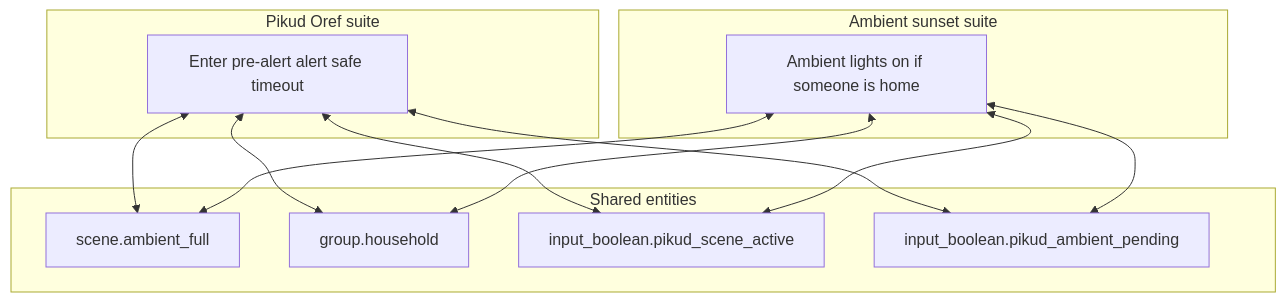
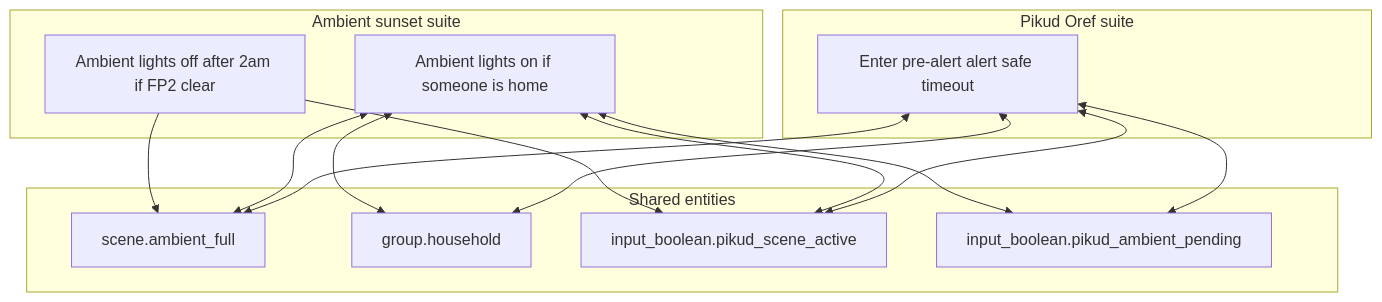
Before and after one commit to maximunited/hass: the diagram in repo-docs/automations-index.md, drawn with Mermaid. The commit also changed 4 other files, not shown here.

Commit message:
fix(ambient): FP2 presence, 2am off, retry after Pikud

````diff
--- a/repo-docs/automations-index.md
+++ b/repo-docs/automations-index.md
@@ -26,23 +26,26 @@
 ```mermaid
 flowchart TB
   subgraph pikud [Pikud Oref suite]
     P1[Enter pre-alert alert safe timeout]
   end
   subgraph amb [Ambient sunset suite]
     A1[Ambient lights on if someone is home]
+    A2[Ambient lights off after 2am if FP2 clear]
   end
   subgraph shared [Shared entities]
     E1[ scene.ambient_full ]
     E2[ group.household ]
     E3[ input_boolean.pikud_scene_active ]
     E4[ input_boolean.pikud_ambient_pending ]
   end
   P1 <--> E3
   P1 <--> E4
   P1 <--> E1
   P1 <--> E2
   A1 <--> E3
   A1 <--> E4
   A1 <--> E1
   A1 <--> E2
+  A2 --> E1
+  A2 --> E3
 ```
````
